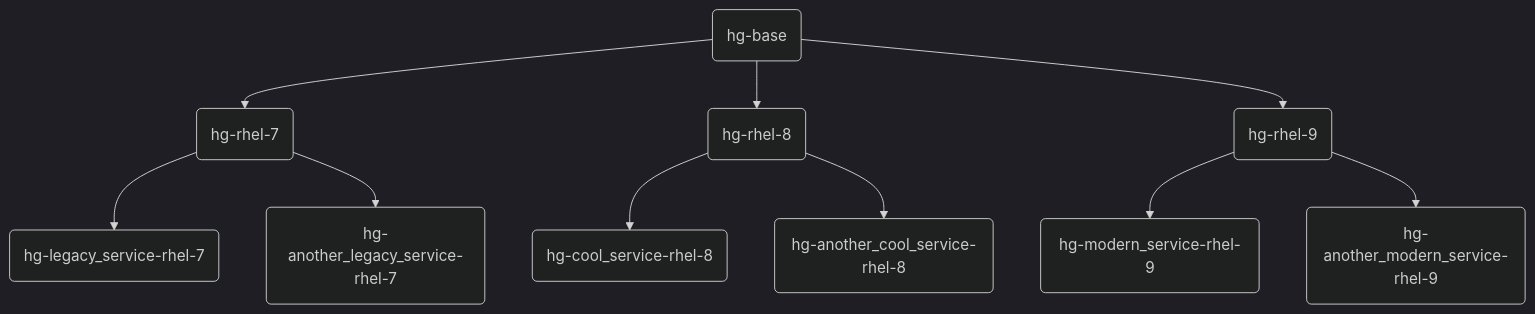
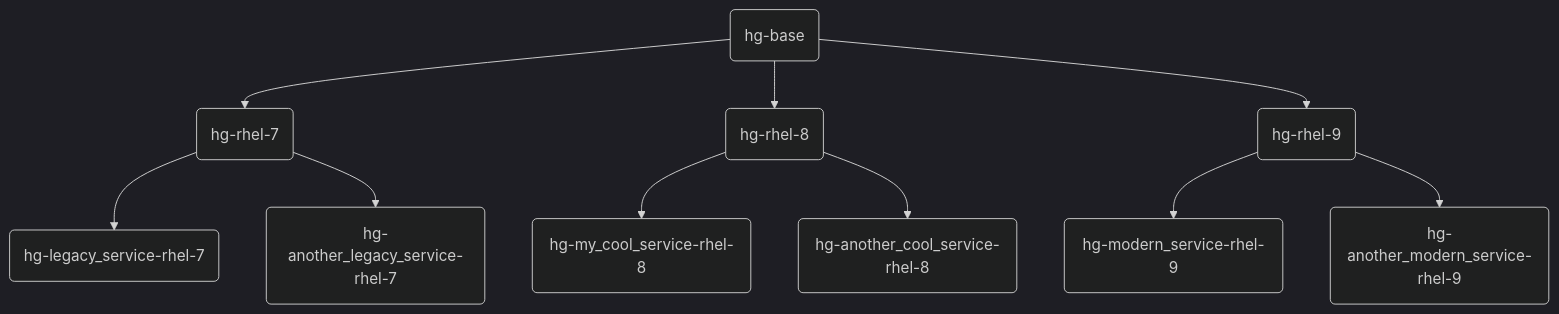
The third of 7 diagrams in _posts/2023-05-30-redhat-satellite-concept.md (sscheib/sscheib.github.io), drawn with Mermaid (dark theme) before and after one commit. The commit also changed other lines of this file, not shown here.

````diff
--- a/_posts/2023-05-30-redhat-satellite-concept.md
+++ b/_posts/2023-05-30-redhat-satellite-concept.md
@@ -1017,13 +1044,13 @@
 ```mermaid! 
 graph TB;
     A(hg-base);
     A --> B(hg-rhel-7);
     A --> C(hg-rhel-8);
     A --> D(hg-rhel-9);
     B --> E(hg-legacy_service-rhel-7);
     B --> F(hg-another_legacy_service-rhel-7);
-    C --> G(hg-cool_service-rhel-8);
+    C --> G(hg-my_cool_service-rhel-8);
     C --> H(hg-another_cool_service-rhel-8);
     D --> I(hg-modern_service-rhel-9);
     D --> J(hg-another_modern_service-rhel-9);
 ```
````
